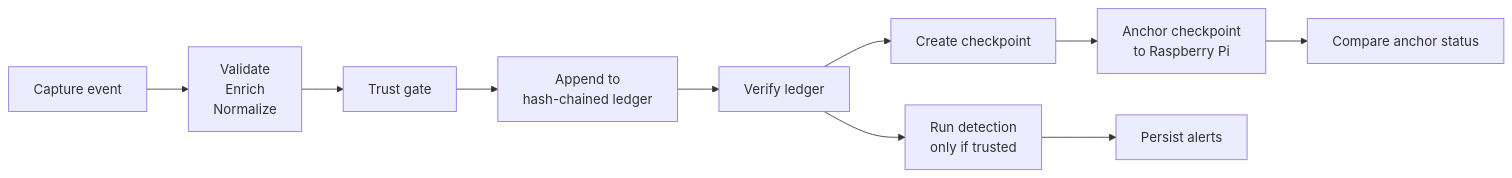
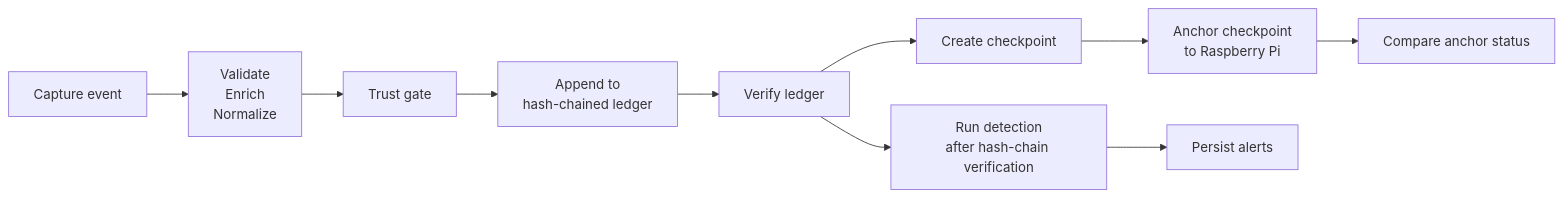
One commit to parthrohit22/kalyx changed the second of 2 diagrams in README.md. Above: the diagram before and after it, drawn with Mermaid. The commit also changed other lines of this file and 12 other files, not shown here.

````diff
--- a/README.md
+++ b/README.md
@@ -127,12 +129,12 @@
 ```mermaid
 flowchart LR
     A["Capture event"] --> B["Validate<br/>Enrich<br/>Normalize"]
     B --> C["Trust gate"]
     C --> D["Append to<br/>hash-chained ledger"]
     D --> E["Verify ledger"]
     E --> F["Create checkpoint"]
     F --> G["Anchor checkpoint<br/>to Raspberry Pi"]
     G --> H["Compare anchor status"]
-    E --> I["Run detection<br/>only if trusted"]
+    E --> I["Run detection<br/>after hash-chain verification"]
     I --> J["Persist alerts"]
 ```
````
